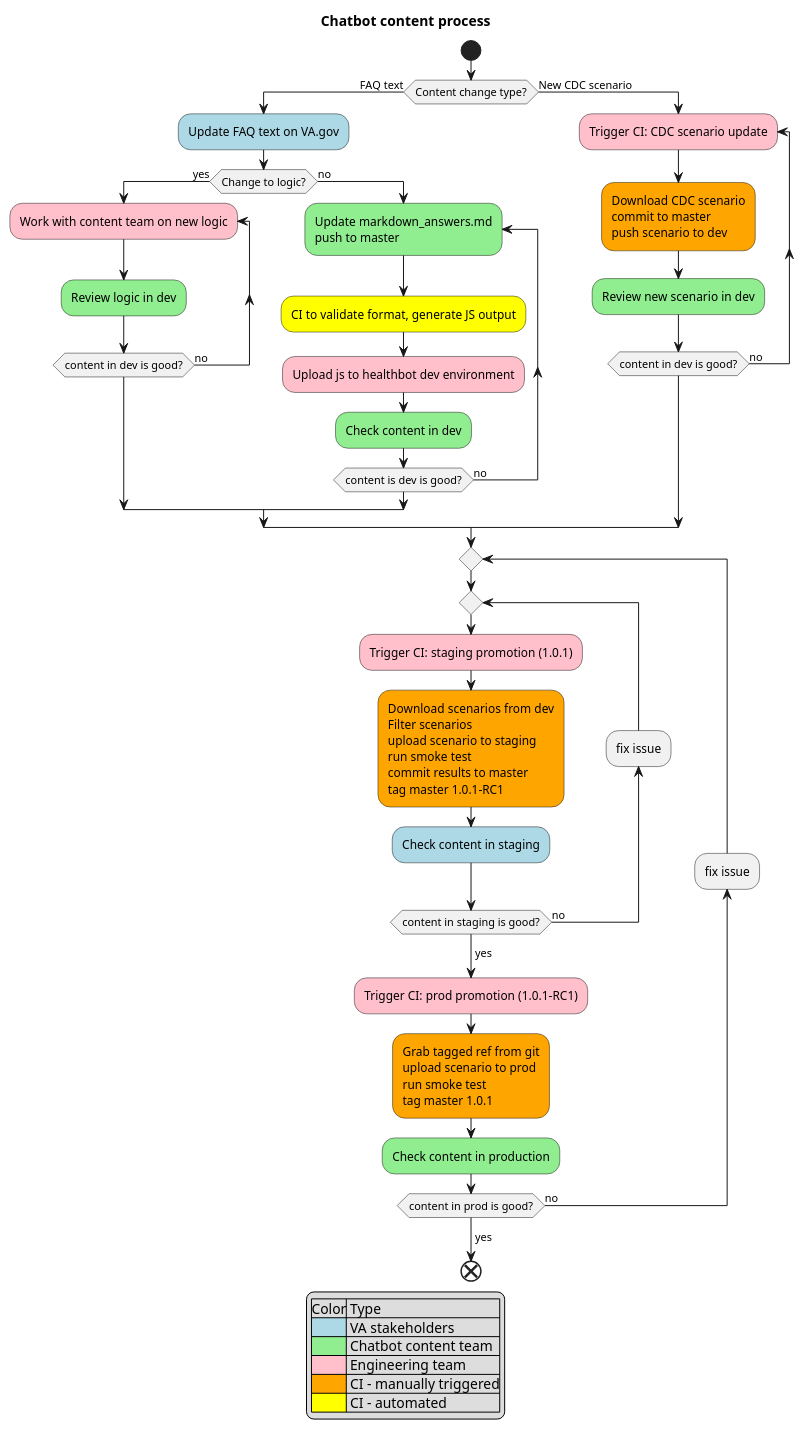
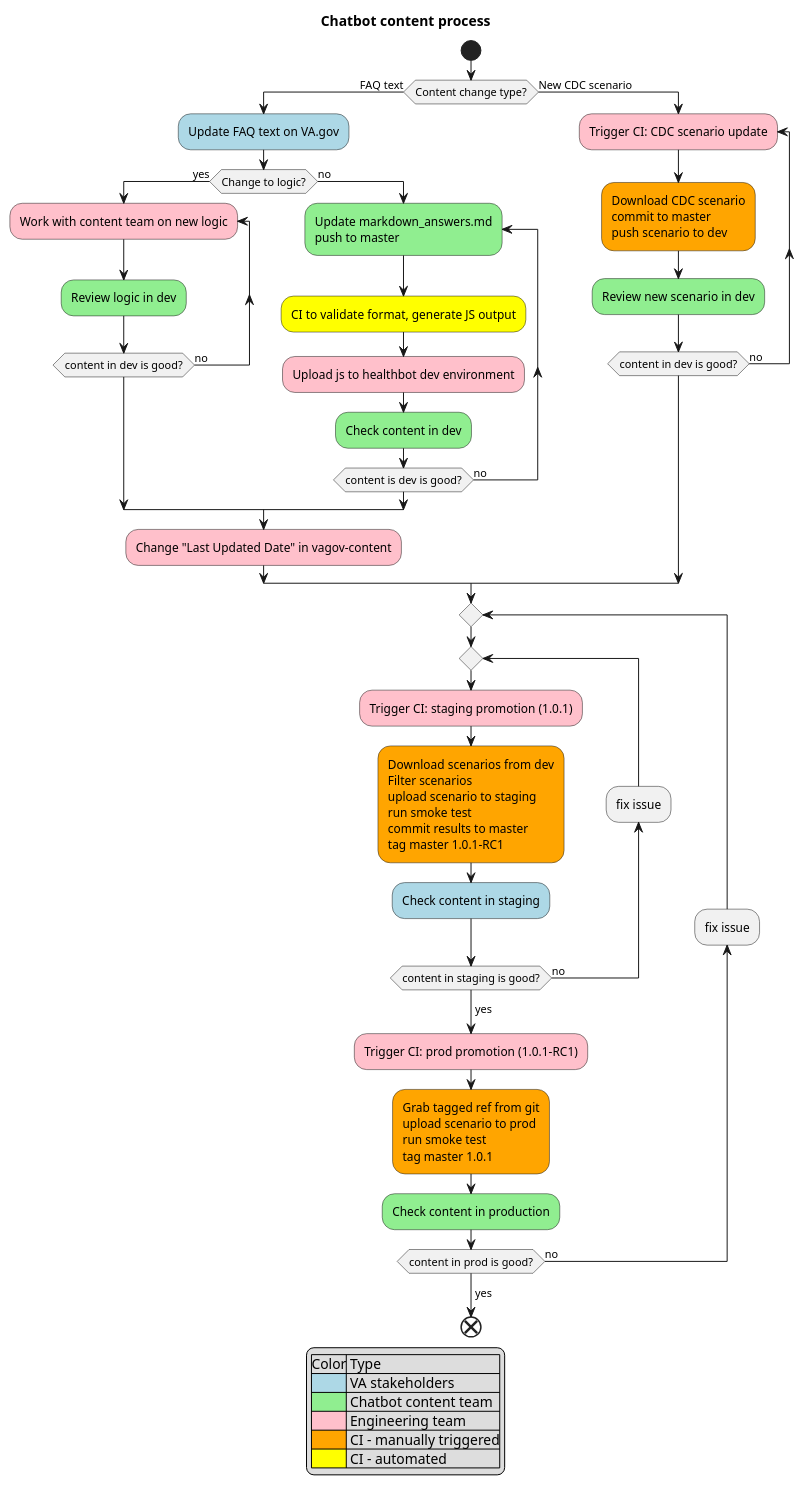
One commit to department-of-veterans-affairs/va.gov-team changed the diagram in content-process.puml. Above: the diagram before and after it, drawn with PlantUML. The commit also changed 1 other file, not shown here.

Commit message:
[#95] Adds changing Last Updated date to content process diagram

```diff
--- a/content-process.puml
+++ b/content-process.puml
@@ -1,68 +1,69 @@
 @startuml
 
 title Chatbot content process
 skinparam ConditionEndStyle hline
 
 start
 
 if (Content change type?) then (FAQ text)
   #lightblue:Update FAQ text on VA.gov;
   if (Change to logic?) then (yes)
     #pink:repeat :Work with content team on new logic;
       'Update dev scenario;
       #lightgreen:Review logic in dev;
     repeat while (content in dev is good?) is (no)
   else (no)
       #lightgreen:repeat :Update markdown_answers.md\npush to master;
         #yellow:CI to validate format, generate JS output;
         #pink:Upload js to healthbot dev environment;
         #lightgreen:Check content in dev;
       repeat while (content is dev is good?) is (no)
       ->yes;
   endif
+  #pink:Change "Last Updated Date" in vagov-content;
 else (New CDC scenario)
   #pink:repeat :Trigger CI: CDC scenario update;
   #orange:Download CDC scenario
   commit to master
   push scenario to dev;
   #lightgreen:Review new scenario in dev;
   repeat while (content in dev is good?) is (no)
 endif
 
 repeat
 
   repeat
     #pink:Trigger CI: staging promotion (1.0.1);
     #orange:Download scenarios from dev
     Filter scenarios
     upload scenario to staging
     run smoke test
     commit results to master
     tag master 1.0.1-RC1;
     #lightblue:Check content in staging;
     backward:fix issue;
   repeat while (content in staging is good?) is (no)
   ->yes;
 
   #pink:Trigger CI: prod promotion (1.0.1-RC1);
   #orange:Grab tagged ref from git
   upload scenario to prod
   run smoke test
   tag master 1.0.1;
   #lightgreen:Check content in production;
   backward:fix issue;
 repeat while (content in prod is good?) is (no)
 ->yes;
 
 end
 
 legend center
     |Color| Type |
     |<#lightblue> | VA stakeholders |
     |<#lightgreen>| Chatbot content team|
     |<#pink>| Engineering team|
     |<#orange>| CI - manually triggered|
     |<#yellow>| CI - automated|
 endlegend
 
 @enduml
```
